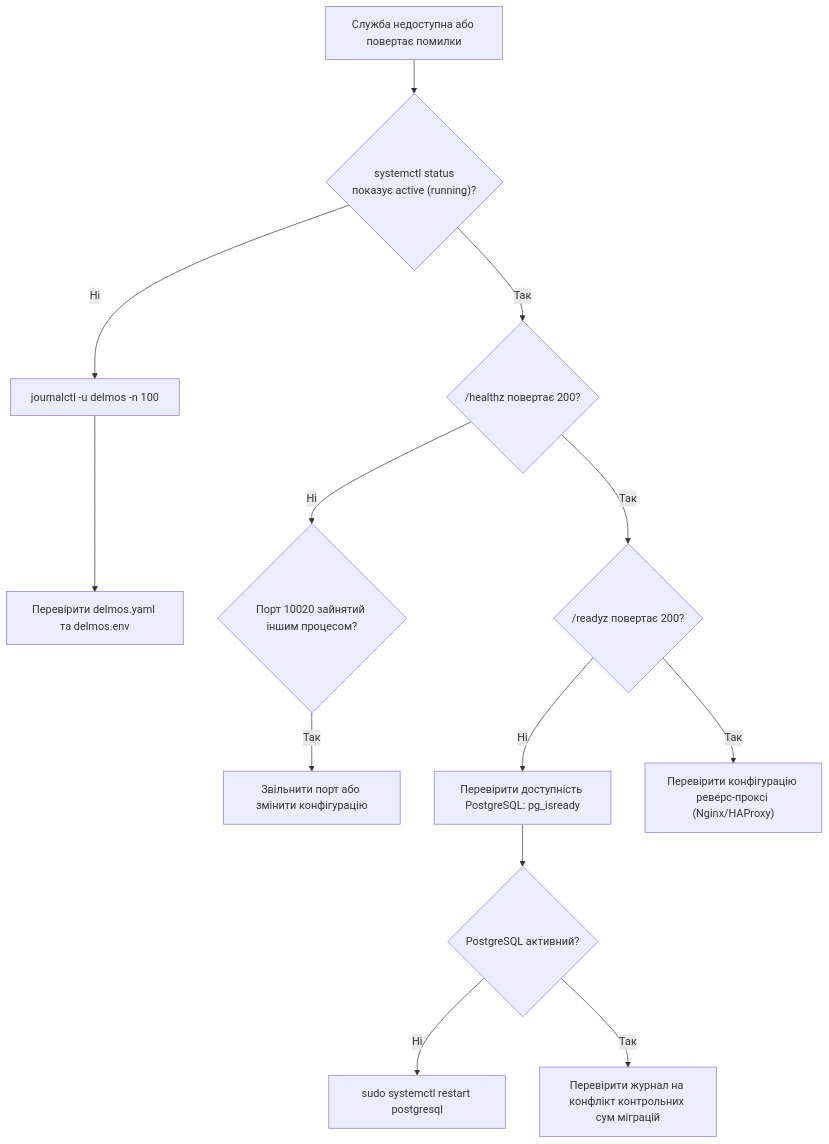
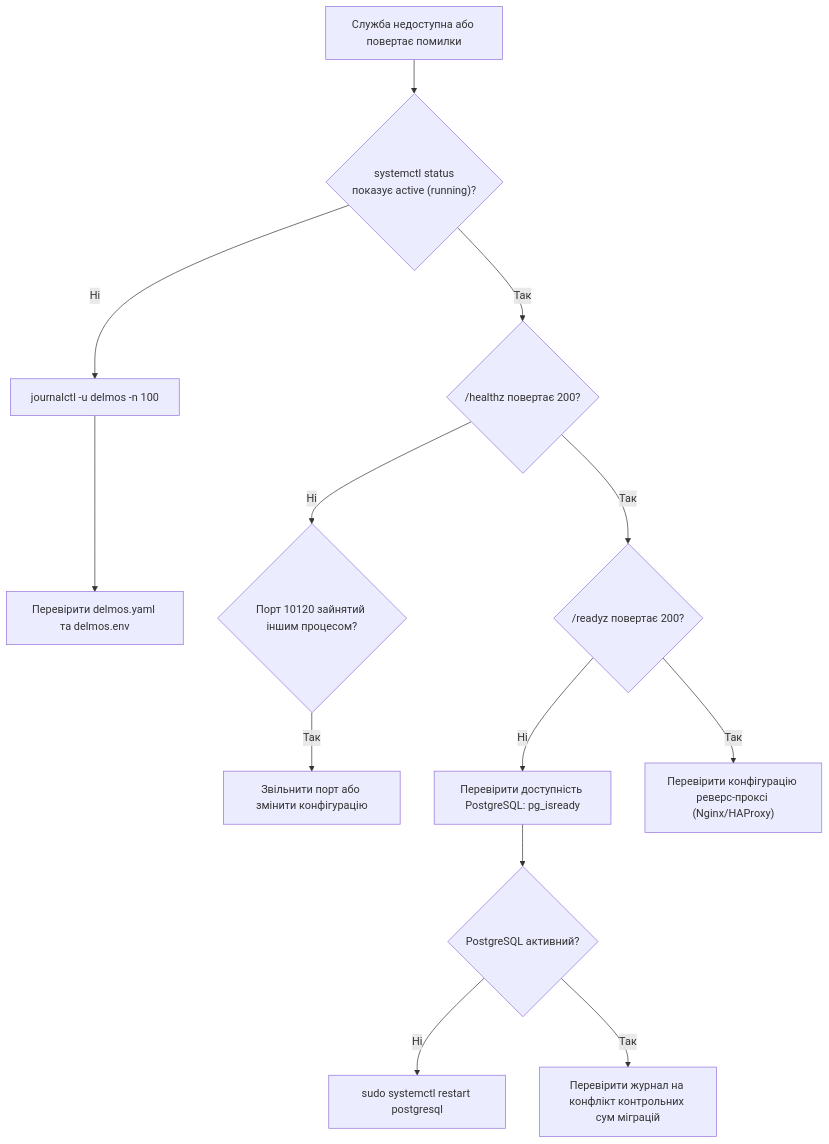
The diagram in docs/operations/RUNBOOK.md (nick-fedchik/delmos), drawn with Mermaid before and after one commit. The commit also changed 13 other files, not shown here.

````diff
--- a/docs/operations/RUNBOOK.md
+++ b/docs/operations/RUNBOOK.md
@@ -27,15 +27,15 @@
 ```mermaid
 flowchart TD
     Start["Служба недоступна або повертає помилки"] --> Q1{"systemctl status<br/>показує active (running)?"}
     Q1 -->|Ні| CheckLogs["journalctl -u delmos -n 100"]
     Q1 -->|Так| Q2{"/healthz повертає 200?"}
     CheckLogs --> FixConfig["Перевірити delmos.yaml та delmos.env"]
-    Q2 -->|Ні| Q3{"Порт 10020 зайнятий іншим процесом?"}
+    Q2 -->|Ні| Q3{"Порт 10120 зайнятий іншим процесом?"}
     Q2 -->|Так| Q4{"/readyz повертає 200?"}
     Q3 -->|Так| KillPort["Звільнити порт або змінити конфігурацію"]
     Q4 -->|Ні| CheckDB["Перевірити доступність PostgreSQL: pg_isready"]
     Q4 -->|Так| CheckProxy["Перевірити конфігурацію реверс-проксі (Nginx/HAProxy)"]
     CheckDB --> Q5{"PostgreSQL активний?"}
     Q5 -->|Ні| RestartPG["sudo systemctl restart postgresql"]
     Q5 -->|Так| CheckMigrations["Перевірити журнал на конфлікт контрольних сум міграцій"]
 ```
````
